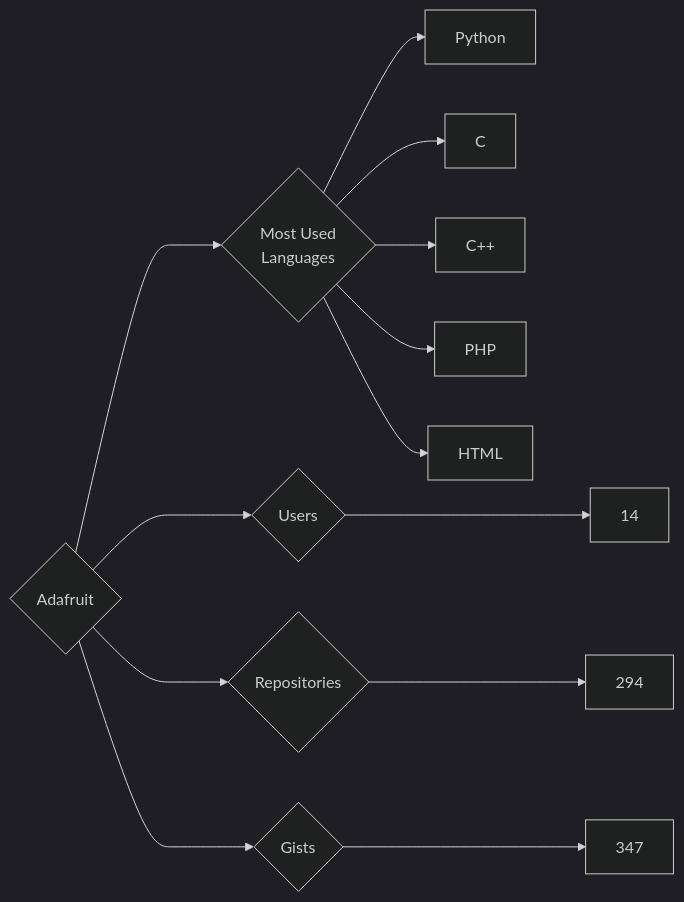
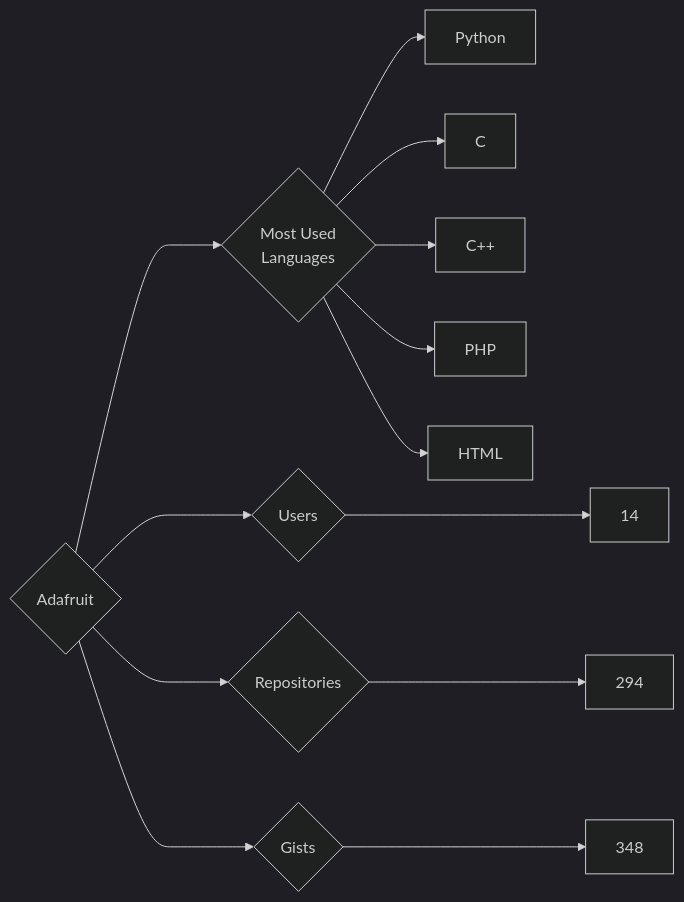
One commit to trickest/insiders changed the diagram in targets/Adafruit/README.md. Above: the diagram before and after it, drawn with Mermaid (dark theme). The commit also changed 715 other files, not shown here.

````diff
--- a/targets/Adafruit/README.md
+++ b/targets/Adafruit/README.md
@@ -3,13 +3,13 @@
 ```mermaid
 graph LR
 COMPANY_NAME{Adafruit}
 COMPANY_NAME ---> U{Users} ---> UN[14]
 COMPANY_NAME ---> R{Repositories} ---> RN[294]
-COMPANY_NAME ---> G{Gists} ---> GN[347]
+COMPANY_NAME ---> G{Gists} ---> GN[348]
 COMPANY_NAME ---> ML{Most Used<br>Languages}
 ML --> Python[Python]
 ML --> C[C]
 ML --> C++[C++]
 ML --> PHP[PHP]
 ML --> HTML[HTML]
 ```
````
